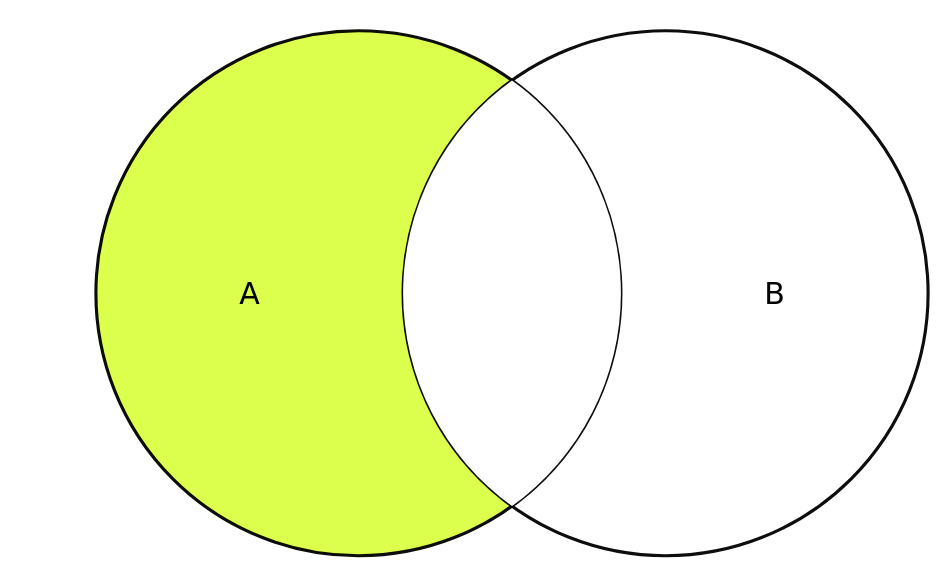
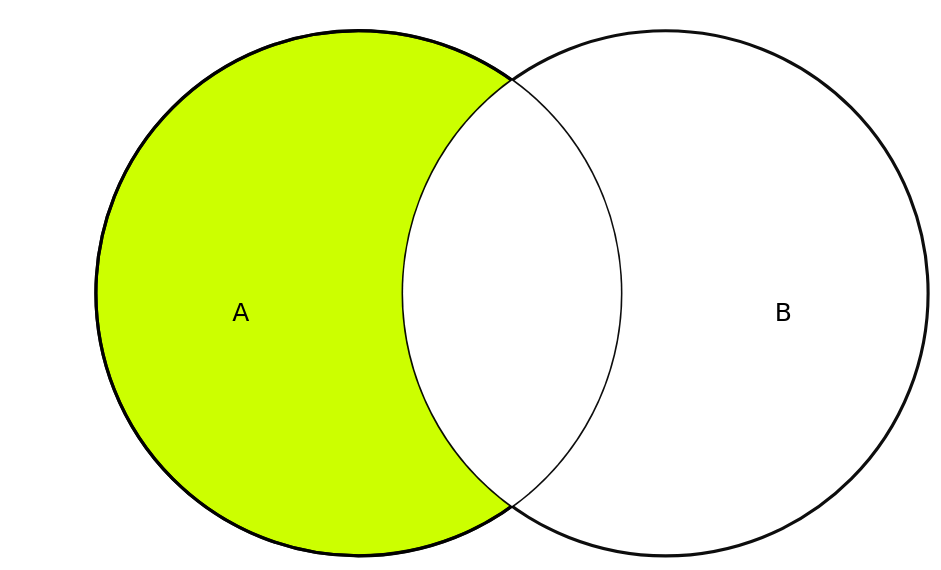
The fifth of 8 diagrams in src/main/resources/doc/guides/join_types.md (scyanth/plugin-join), drawn with Mermaid before and after one commit. The commit also changed other lines of this file, not shown here.

Commit message:
doc: fix colors of mermaid venn diagrams in join types guide

````diff
--- a/src/main/resources/doc/guides/join_types.md
+++ b/src/main/resources/doc/guides/join_types.md
@@ -78,9 +114,18 @@
 ```mermaid
 venn-beta
     set A:10
     set B:10
+        text labelB["B"]
+    set A2:10
+    union A,A2:10
+        text labelA["A"]
     union A,B:3
-    style A fill:#ccff00,fill-opacity:0.7,stroke:#000000,color:#000000
-    style B fill:#ffffff,fill-opacity:0,stroke:#000000,color:#000000
-    style A,B fill:#ffffff
+    union A2,B:3
+    union A,A2,B:3
+    style A fill:#ccff00,fill-opacity:1,stroke:#000000,color:transparent
+    style B fill:#ffffff,fill-opacity:1,stroke:#000000,color:transparent
+    style A2 fill:#ffffff,fill-opacity:0,stroke:#000000,color:transparent
+    style A,A2,B fill:#ffffff
+    style labelA color:#000000
+    style labelB color:#000000
 ```
````
